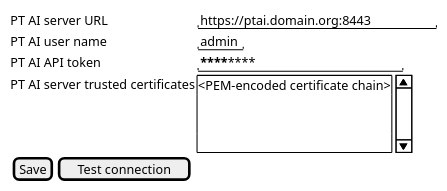
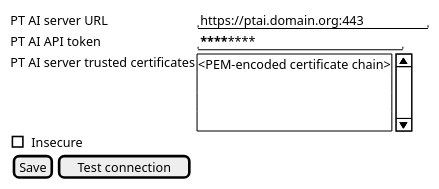
The diagram in ptai-ee-tools-java/ptai-teamcity-plugin/docs/uml/admin-ui.puml (ZhukovAN/ptai-ee-tools), drawn with PlantUML before and after one commit. The commit also changed 41 other files, not shown here.

```diff
--- a/ptai-ee-tools-java/ptai-teamcity-plugin/docs/uml/admin-ui.puml
+++ b/ptai-ee-tools-java/ptai-teamcity-plugin/docs/uml/admin-ui.puml
@@ -1,16 +1,16 @@
 @startsalt
 {
-    PT AI server URL | "https://ptai.domain.org:8443"
-    PT AI user name | "admin"
+    PT AI server URL | "https://ptai.domain.org:443"
     PT AI API token | "************************"
     PT AI server trusted certificates | {SI
     <PEM-encoded certificate chain>
 
     .
     .
     .
 
     }
+    [ ] Insecure
     {[Save] | [Test connection]}
 }
 @endsalt
```
